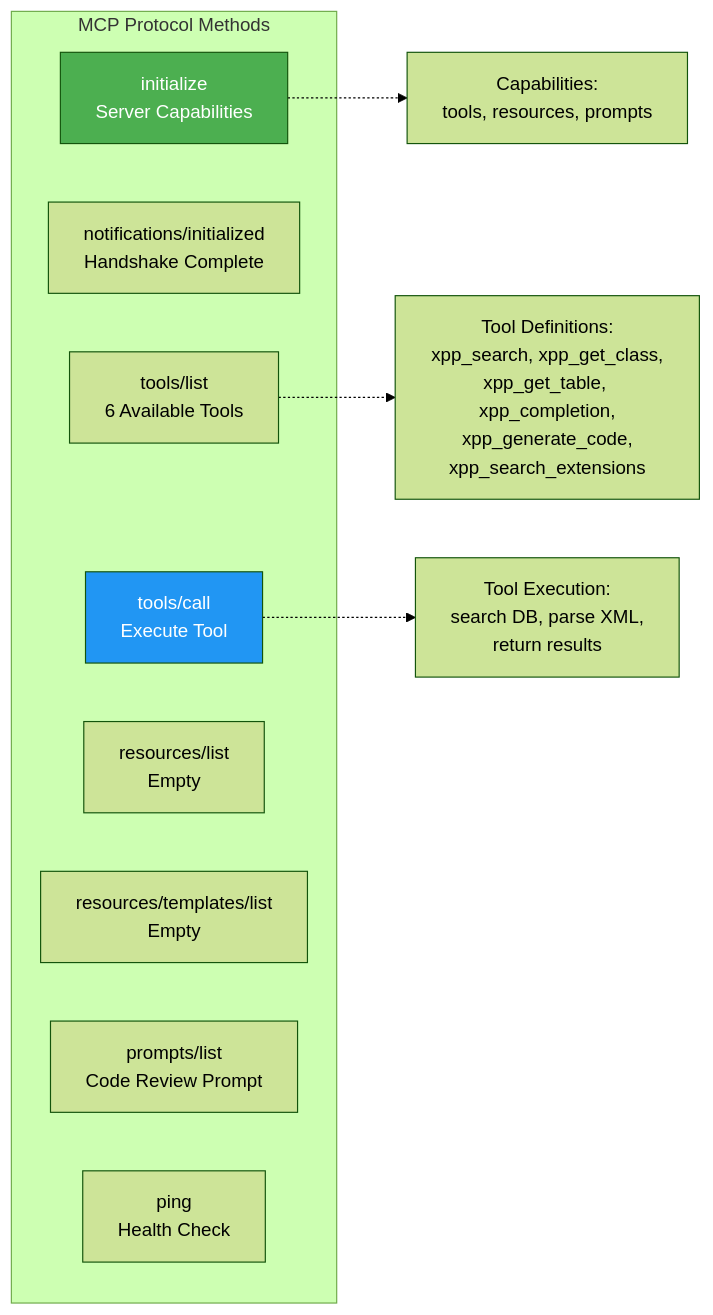
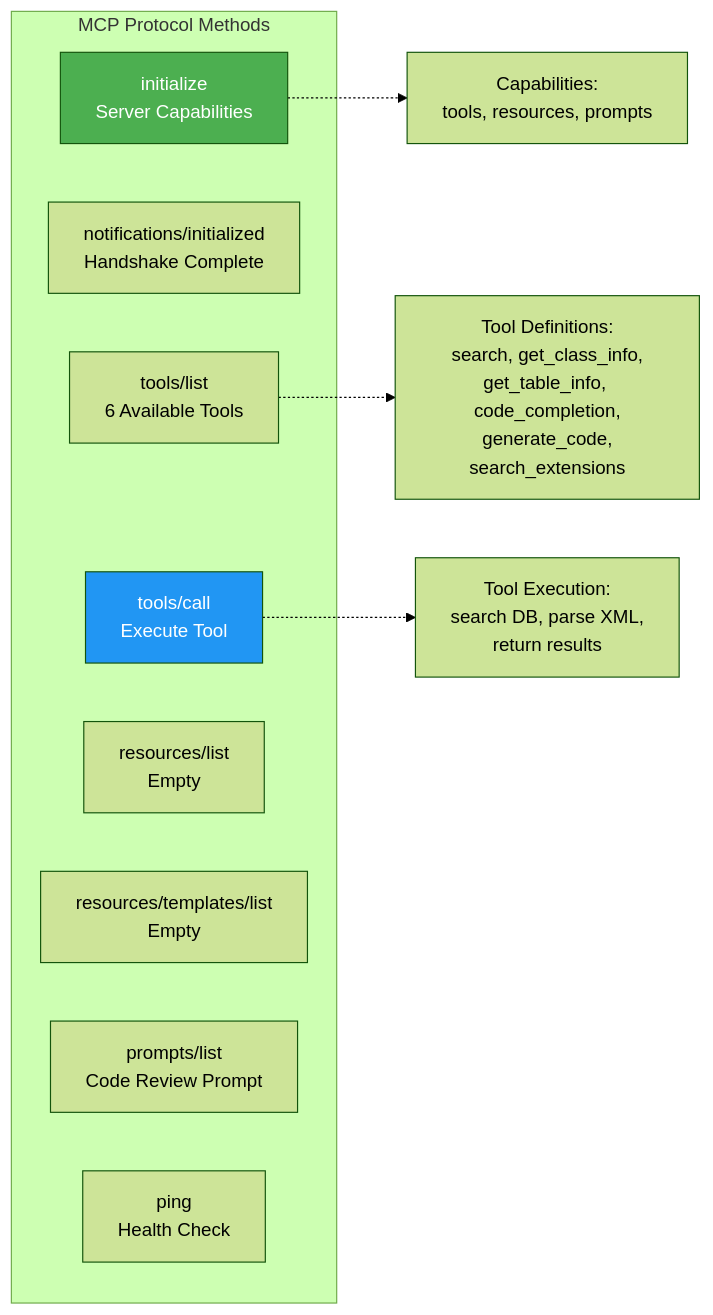
Before and after one commit to dynamics365ninja/d365fo-mcp-server: the ninth of 16 diagrams in docs/ARCHITECTURE.md, drawn with Mermaid (forest theme). The commit also changed other lines of this file and 11 other files, not shown here.

First line of the commit message:
Remove xpp_ prefix from tool names for better orchestrator recognition

````diff
--- a/docs/ARCHITECTURE.md
+++ b/docs/ARCHITECTURE.md
@@ -351,20 +351,20 @@
 ```mermaid
 graph LR
     subgraph "MCP Protocol Methods"
         INIT[initialize<br/>Server Capabilities]
         NOTIFY[notifications/initialized<br/>Handshake Complete]
         TOOLS_LIST[tools/list<br/>6 Available Tools]
         TOOLS_CALL[tools/call<br/>Execute Tool]
         RES_LIST[resources/list<br/>Empty]
         RES_TMPL[resources/templates/list<br/>Empty]
         PROMPT_LIST[prompts/list<br/>Code Review Prompt]
         PING[ping<br/>Health Check]
     end
 
     INIT -.-> CAPS[Capabilities:<br/>tools, resources, prompts]
-    TOOLS_LIST -.-> TOOL_DEFS[Tool Definitions:<br/>xpp_search, xpp_get_class,<br/>xpp_get_table, xpp_completion,<br/>xpp_generate_code,<br/>xpp_search_extensions]
+    TOOLS_LIST -.-> TOOL_DEFS[Tool Definitions:<br/>search, get_class_info,<br/>get_table_info, code_completion,<br/>generate_code,<br/>search_extensions]
     TOOLS_CALL -.-> EXEC[Tool Execution:<br/>search DB, parse XML,<br/>return results]
     
     style INIT fill:#4CAF50,color:#fff
     style TOOLS_CALL fill:#2196F3,color:#fff
 ```
````
